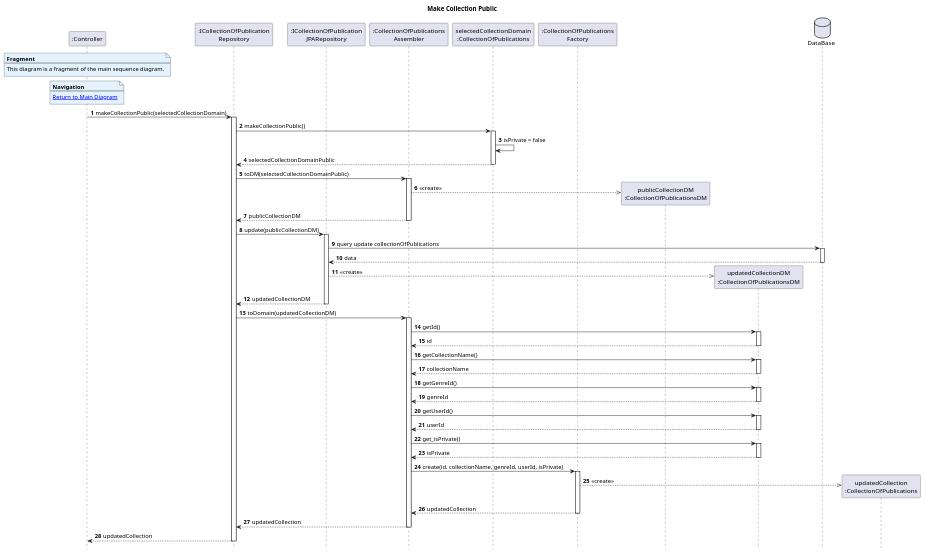
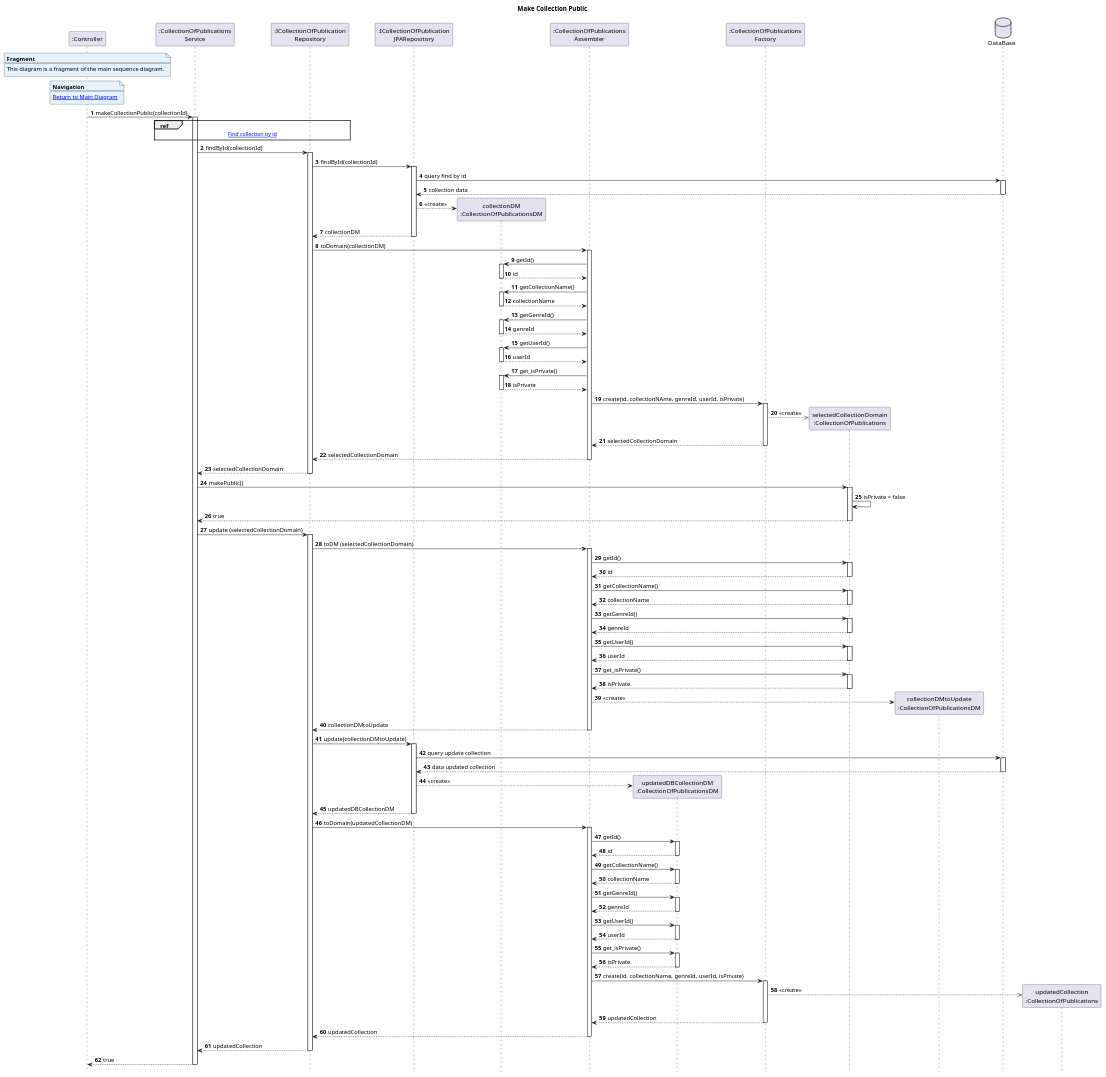
Before and after one commit to AndrePereiraGitH/SWitCH-Project-Team_A: the diagram in Diagrams/SequenceDiagrams/N2/To-publicly-share-collection-of-publications/5.Make-collection-public.puml, drawn with PlantUML. The commit also changed 2 other files, not shown here.

Commit message:
docs #770: update Sequence diagrams, makePublic method in Service

```diff
--- a/Diagrams/SequenceDiagrams/N2/To-publicly-share-collection-of-publications/5.Make-collection-public.puml
+++ b/Diagrams/SequenceDiagrams/N2/To-publicly-share-collection-of-publications/5.Make-collection-public.puml
@@ -6,15 +6,22 @@
 title "Make Collection Public"
 
 participant ":Controller" as Controller
+
+participant ":CollectionOfPublications\nService" as service
 participant ":ICollectionOfPublication\nRepository" as CollectionRepository
 participant ":ICollectionOfPublication\nJPARepository" as collectionRepositoryJPA
+
+participant "collectionDM\n:CollectionOfPublicationsDM" as collectionDM
+
 participant ":CollectionOfPublications\nAssembler" as collectionAssembler
+
+participant "updatedDBCollectionDM\n:CollectionOfPublicationsDM" as updatedDBCollectionDM
+
+participant ":CollectionOfPublications\nFactory" as collectionsFactory
 participant "selectedCollectionDomain\n:CollectionOfPublications" as selectedCollectionDomain
 
-participant ":CollectionOfPublications\nFactory" as collectionsFactory
 
-participant "publicCollectionDM\n:CollectionOfPublicationsDM" as publicCollectionDM
-participant "updatedCollectionDM\n:CollectionOfPublicationsDM" as updatedCollectionDM
+participant "collectionDMtoUpdate\n:CollectionOfPublicationsDM" as collectionDMtoUpdate
 
 database DataBase as db
 
@@ -32,60 +39,166 @@
 [[Main-diagram-To-publicly-share-a-list.puml Return to Main Diagram]]
 end note
 
-Controller -> CollectionRepository : makeCollectionPublic(selectedCollectionDomain)
+Controller -> service : makeCollectionPublic(collectionId)
+activate service
+
+' ------------------------------------------------------------
+' -----------  FIND COLLECTION BY ID -------------------------
+' ------------------------------------------------------------
+
+ref over service, CollectionRepository
+[[4.Find-collection-by-id.puml Find collection by id]]
+end ref
+
+service -> CollectionRepository : findById(collectionId)
+activate CollectionRepository
+CollectionRepository -> collectionRepositoryJPA : findById(collectionId)
+activate collectionRepositoryJPA
+collectionRepositoryJPA -> db : query find by id
+activate db
+db --> collectionRepositoryJPA : collection data
+deactivate db
+collectionRepositoryJPA --> collectionDM** : <<create>>
+collectionRepositoryJPA --> CollectionRepository : collectionDM
+deactivate collectionRepositoryJPA
+
+' -------------- CONVERT COLLECTION TO DOMAIN
+CollectionRepository -> collectionAssembler : toDomain(collectionDM)
+activate collectionAssembler
+
+
+collectionAssembler -> collectionDM : getId()
+activate collectionDM
+collectionDM --> collectionAssembler : id
+deactivate collectionDM
+
+collectionAssembler -> collectionDM : getCollectionName()
+activate collectionDM
+collectionDM --> collectionAssembler : collectionName
+deactivate collectionDM
+
+collectionAssembler -> collectionDM : getGenreId()
+activate collectionDM
+collectionDM --> collectionAssembler : genreId
+deactivate collectionDM
+
+collectionAssembler -> collectionDM : getUserId()
+activate collectionDM
+collectionDM --> collectionAssembler : userId
+deactivate collectionDM
+
+collectionAssembler -> collectionDM : get_isPrivate()
+activate collectionDM
+collectionDM --> collectionAssembler : isPrivate
+deactivate collectionDM
+
+collectionAssembler -> collectionsFactory : create(id, collectionNAme, genreId, userId, isPrivate)
+activate collectionsFactory
+collectionsFactory -->>  selectedCollectionDomain ** : <<create>>
+collectionsFactory --> collectionAssembler : selectedCollectionDomain
+deactivate collectionsFactory
+
+
+collectionAssembler --> CollectionRepository : selectedCollectionDomain
+deactivate collectionAssembler
+
+CollectionRepository --> service : selectedCollectionDomain
+deactivate CollectionRepository
+
+' ------------------------------------------------------------
+' -----------  MAKE COLLECTION PUBLIC ------------------------
+' ------------------------------------------------------------
+
+service -> selectedCollectionDomain : makePublic()
+activate selectedCollectionDomain
+selectedCollectionDomain -> selectedCollectionDomain : isPrivate = false
+selectedCollectionDomain --> service : true
+deactivate selectedCollectionDomain
+
+' ------------------------------------------------------------
+' -----------  UPDATE PUBLIC COLLECTION ----------------------
+' ------------------------------------------------------------
+
+
+'--------------- CONVERT TO DM ------------------------------
+service -> CollectionRepository : update (selectedCollectionDomain)
 activate CollectionRepository
 
-CollectionRepository -> selectedCollectionDomain : makeCollectionPublic()
+CollectionRepository -> collectionAssembler : toDM (selectedCollectionDomain)
+activate collectionAssembler
+
+collectionAssembler -> selectedCollectionDomain : getId()
 activate selectedCollectionDomain
-selectedCollectionDomain -> selectedCollectionDomain : isPrivate = false
-selectedCollectionDomain --> CollectionRepository : selectedCollectionDomainPublic
+selectedCollectionDomain --> collectionAssembler : id
 deactivate selectedCollectionDomain
 
-CollectionRepository -> collectionAssembler : toDM(selectedCollectionDomainPublic)
-activate collectionAssembler
-collectionAssembler -->> publicCollectionDM** : <<create>>
-collectionAssembler --> CollectionRepository : publicCollectionDM
+collectionAssembler -> selectedCollectionDomain : getCollectionName()
+activate selectedCollectionDomain
+selectedCollectionDomain --> collectionAssembler : collectionName
+deactivate selectedCollectionDomain
+
+collectionAssembler -> selectedCollectionDomain : getGenreId()
+activate selectedCollectionDomain
+selectedCollectionDomain --> collectionAssembler : genreId
+deactivate selectedCollectionDomain
+
+collectionAssembler -> selectedCollectionDomain : getUserId()
+activate selectedCollectionDomain
+selectedCollectionDomain --> collectionAssembler : userId
+deactivate selectedCollectionDomain
+
+collectionAssembler -> selectedCollectionDomain : get_isPrivate()
+activate selectedCollectionDomain
+selectedCollectionDomain --> collectionAssembler : isPrivate
+deactivate selectedCollectionDomain
+
+collectionAssembler --> collectionDMtoUpdate** : <<create>>
+
+collectionAssembler --> CollectionRepository : collectionDMtoUpdate
 deactivate collectionAssembler
 
-CollectionRepository -> collectionRepositoryJPA : update(publicCollectionDM)
+' ---------------------- UPDATE -------------------------------
+
+CollectionRepository -> collectionRepositoryJPA : update(collectionDMtoUpdate)
 activate collectionRepositoryJPA
-
-collectionRepositoryJPA -> db : query update collectionOfPublications
+collectionRepositoryJPA -> db : query update collection
 activate db
-db --> collectionRepositoryJPA : data
+db --> collectionRepositoryJPA : data updated collection
 deactivate db
 
-collectionRepositoryJPA -->> updatedCollectionDM** : <<create>>
-collectionRepositoryJPA --> CollectionRepository : updatedCollectionDM
+collectionRepositoryJPA --> updatedDBCollectionDM ** : <<create>>
+
+collectionRepositoryJPA --> CollectionRepository : updatedDBCollectionDM
 deactivate collectionRepositoryJPA
+
 
 CollectionRepository -> collectionAssembler : toDomain(updatedCollectionDM)
 activate collectionAssembler
 
-collectionAssembler -> updatedCollectionDM : getId()
-activate updatedCollectionDM
-updatedCollectionDM --> collectionAssembler : id
-deactivate updatedCollectionDM
+collectionAssembler -> updatedDBCollectionDM : getId()
+activate updatedDBCollectionDM
+updatedDBCollectionDM --> collectionAssembler : id
+deactivate updatedDBCollectionDM
 
-collectionAssembler -> updatedCollectionDM : getCollectionName()
-activate updatedCollectionDM
-updatedCollectionDM --> collectionAssembler : collectionName
-deactivate updatedCollectionDM
+collectionAssembler -> updatedDBCollectionDM : getCollectionName()
+activate updatedDBCollectionDM
+updatedDBCollectionDM --> collectionAssembler : collectionName
+deactivate updatedDBCollectionDM
 
-collectionAssembler -> updatedCollectionDM : getGenreId()
-activate updatedCollectionDM
-updatedCollectionDM --> collectionAssembler : genreId
-deactivate updatedCollectionDM
+collectionAssembler -> updatedDBCollectionDM : getGenreId()
+activate updatedDBCollectionDM
+updatedDBCollectionDM --> collectionAssembler : genreId
+deactivate updatedDBCollectionDM
 
-collectionAssembler -> updatedCollectionDM : getUserId()
-activate updatedCollectionDM
-updatedCollectionDM --> collectionAssembler : userId
-deactivate updatedCollectionDM
+collectionAssembler -> updatedDBCollectionDM : getUserId()
+activate updatedDBCollectionDM
+updatedDBCollectionDM --> collectionAssembler : userId
+deactivate updatedDBCollectionDM
 
-collectionAssembler -> updatedCollectionDM : get_isPrivate()
-activate updatedCollectionDM
-updatedCollectionDM --> collectionAssembler : isPrivate
-deactivate updatedCollectionDM
+collectionAssembler -> updatedDBCollectionDM : get_isPrivate()
+activate updatedDBCollectionDM
+updatedDBCollectionDM --> collectionAssembler : isPrivate
+deactivate updatedDBCollectionDM
 
 collectionAssembler -> collectionsFactory : create(id, collectionName, genreId, userId, isPrivate)
 activate collectionsFactory
@@ -96,7 +209,10 @@
 collectionAssembler --> CollectionRepository : updatedCollection
 deactivate collectionAssembler
 
-CollectionRepository --> Controller : updatedCollection
+CollectionRepository --> service : updatedCollection
 deactivate CollectionRepository
 
+service --> Controller : true
+deactivate service
+
 @enduml
```
